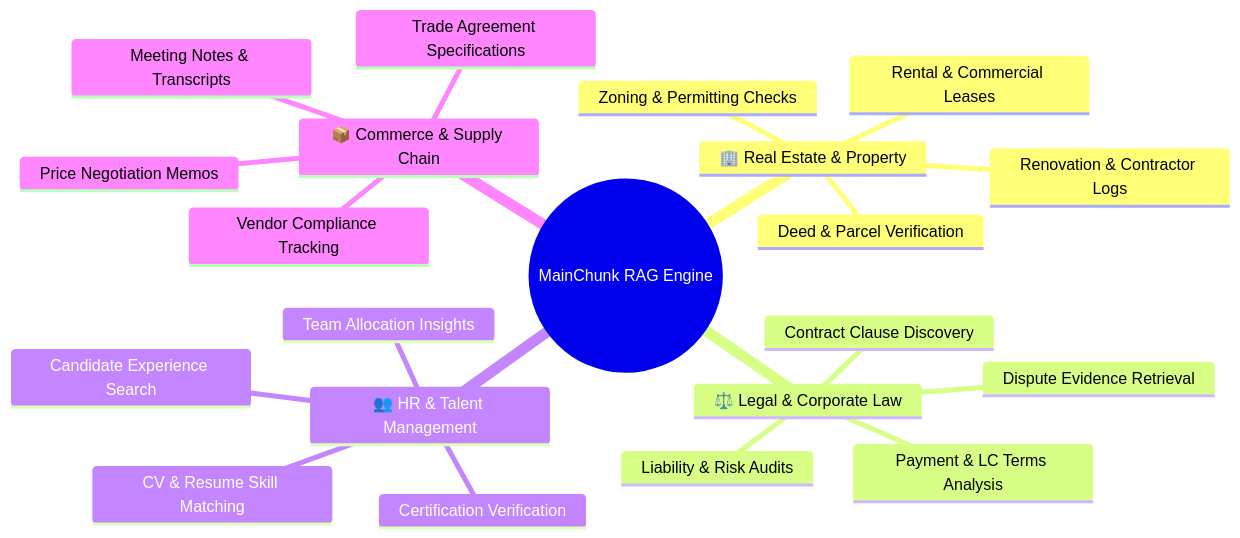
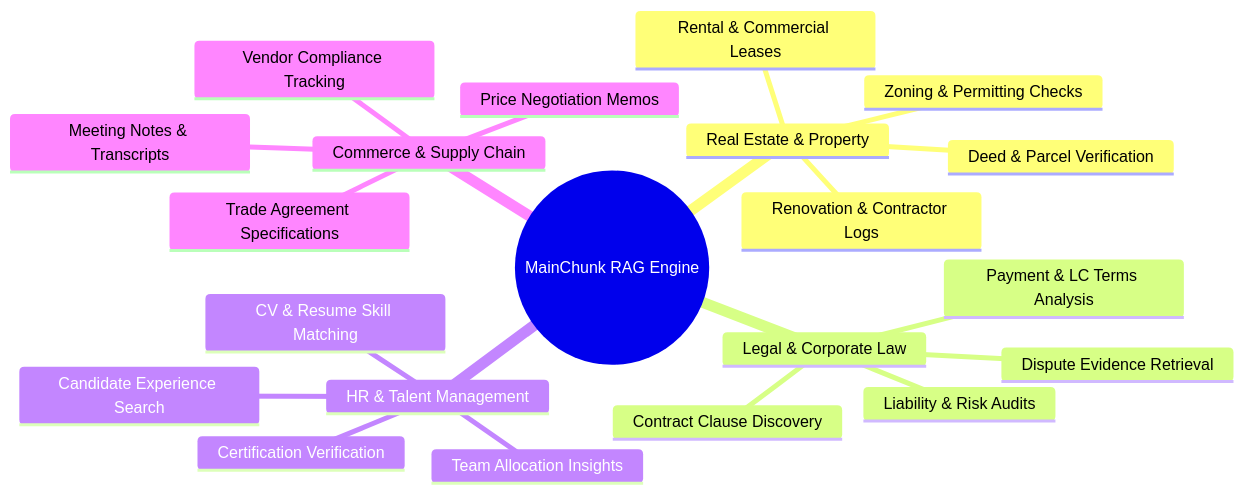
One commit to Spenderr/RAG_System changed the diagram in README.md. Above: the diagram before and after it, drawn with Mermaid. The commit also changed other lines of this file and 2 other files, not shown here.

````diff
--- a/README.md
+++ b/README.md
@@ -45,24 +45,24 @@
 ```mermaid
 mindmap
   root((MainChunk RAG Engine))
-    🏢 Real Estate & Property
+    Real Estate & Property
       Deed & Parcel Verification
       Zoning & Permitting Checks
       Rental & Commercial Leases
       Renovation & Contractor Logs
-    ⚖️ Legal & Corporate Law
+    Legal & Corporate Law
       Contract Clause Discovery
       Payment & LC Terms Analysis
       Liability & Risk Audits
       Dispute Evidence Retrieval
-    👥 HR & Talent Management
+    HR & Talent Management
       CV & Resume Skill Matching
       Certification Verification
       Candidate Experience Search
       Team Allocation Insights
-    📦 Commerce & Supply Chain
+    Commerce & Supply Chain
       Trade Agreement Specifications
       Price Negotiation Memos
       Vendor Compliance Tracking
       Meeting Notes & Transcripts
 ```
````
